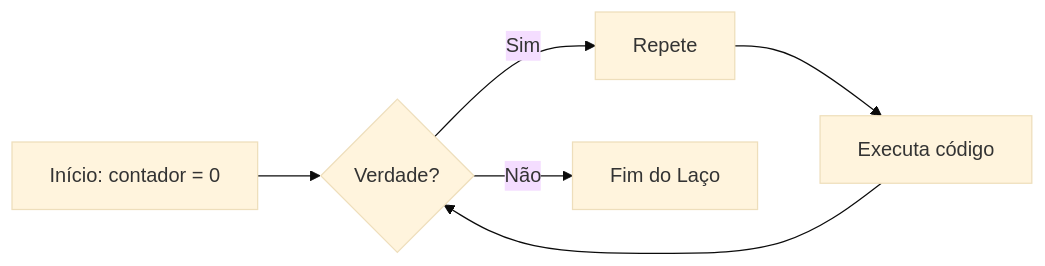
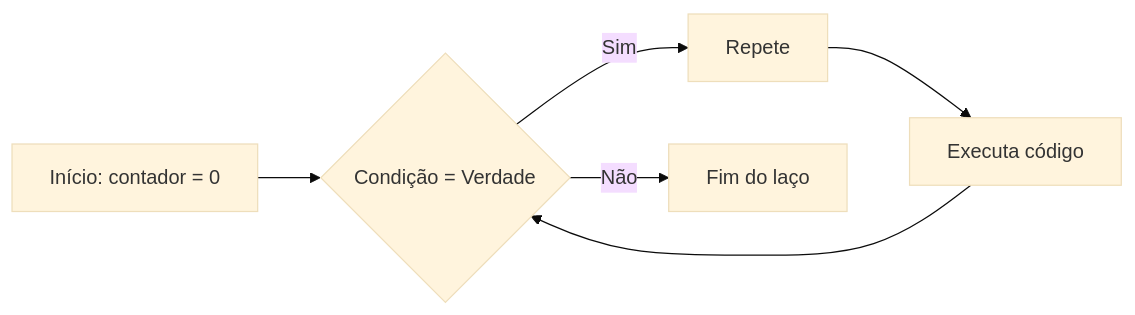
One commit to ArrudaGabrielpht/BackEnd2026 changed the sixth of 8 diagrams in README.md. Above: the diagram before and after it, drawn with Mermaid (base theme). The commit also changed other lines of this file, not shown here.

````diff
--- a/README.md
+++ b/README.md
@@ -363,11 +374,11 @@
 ```mermaid
 
 flowchart LR
 
-    A[Início: contador = 0] --> B{Verdade?}
+    A[Início: contador = 0] --> B{Condição = Verdade}
     B -- Sim --> C[Repete]
     C --> D[Executa código]
     D --> B
-    B -- Não --> E[Fim do Laço]
+    B -- Não --> E[Fim do laço]
 
 ```
````
